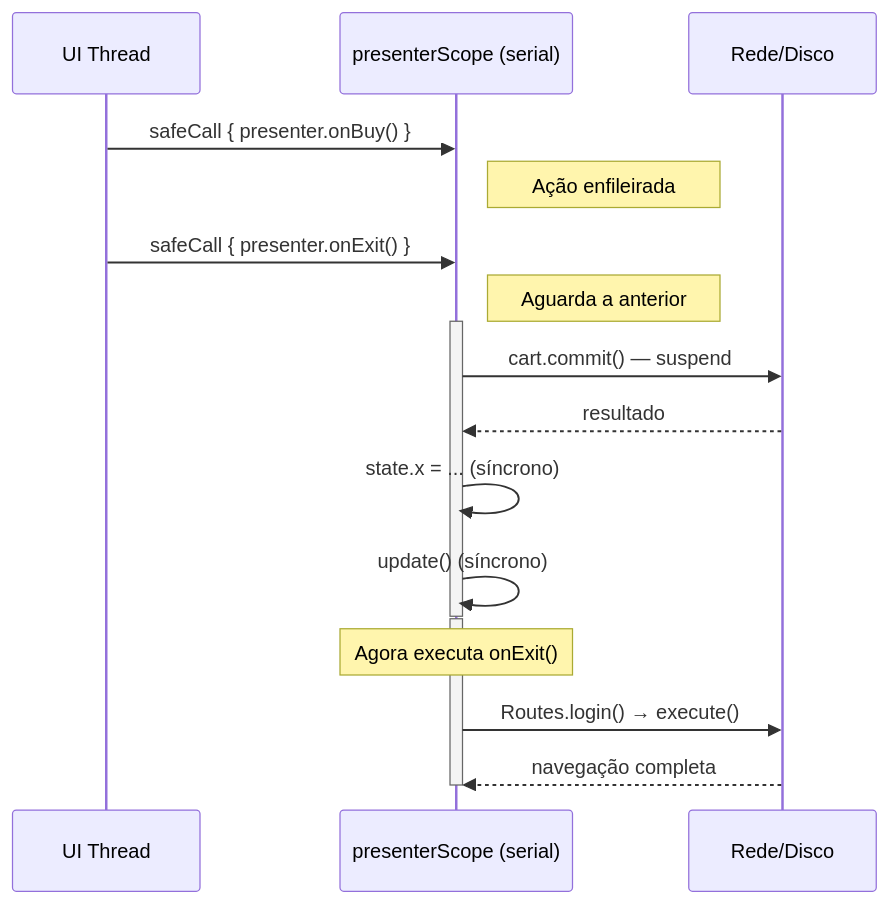
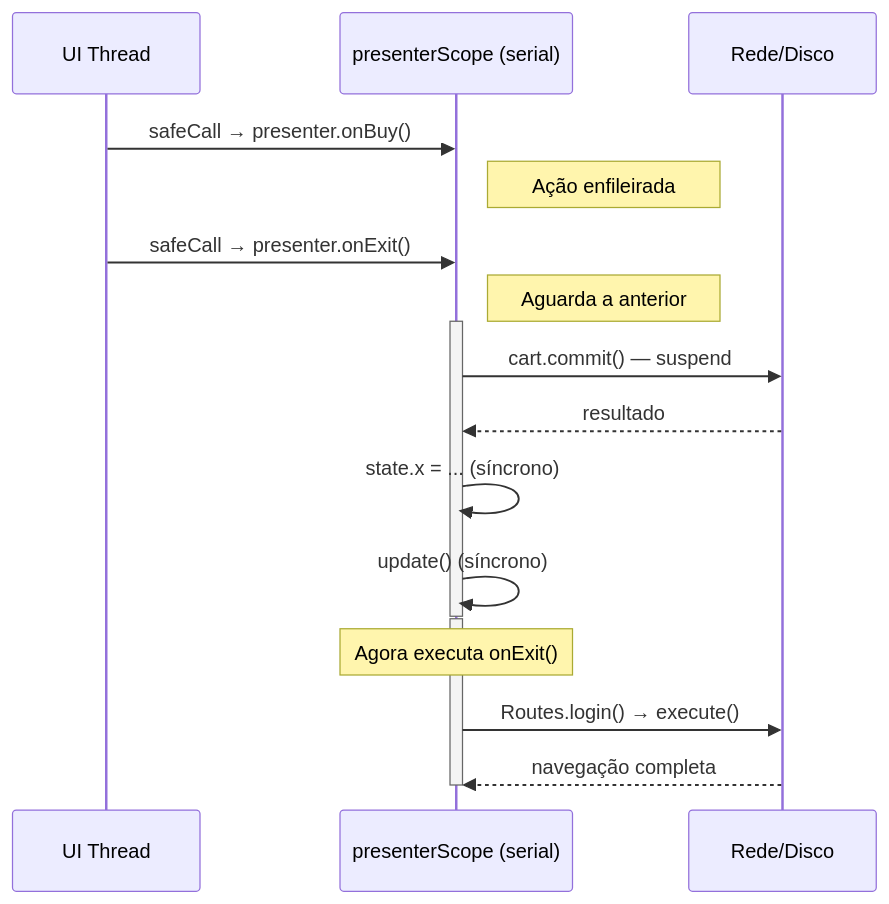
One commit to mrcdom/wdc-cube-kotlin changed diagram 12 of 19 in docs/architecture-cube.md. Above: the diagram before and after it, drawn with Mermaid. The commit also changed other lines of this file, not shown here.

First line of the commit message:
fix(docs): remove curly braces from Mermaid message labels

````diff
--- a/docs/architecture-cube.md
+++ b/docs/architecture-cube.md
@@ -602,25 +602,25 @@
 ```mermaid
 sequenceDiagram
     participant UI as UI Thread
     participant Q as presenterScope (serial)
     participant IO as Rede/Disco
 
-    UI->>Q: safeCall { presenter.onBuy() }
+    UI->>Q: safeCall → presenter.onBuy()
     Note right of Q: Ação enfileirada
 
-    UI->>Q: safeCall { presenter.onExit() }
+    UI->>Q: safeCall → presenter.onExit()
     Note right of Q: Aguarda a anterior
 
     activate Q
     Q->>IO: cart.commit() — suspend
     IO-->>Q: resultado
     Q->>Q: state.x = ... (síncrono)
     Q->>Q: update() (síncrono)
     deactivate Q
 
     activate Q
     Note over Q: Agora executa onExit()
     Q->>IO: Routes.login() → execute()
     IO-->>Q: navegação completa
     deactivate Q
 ```
````
